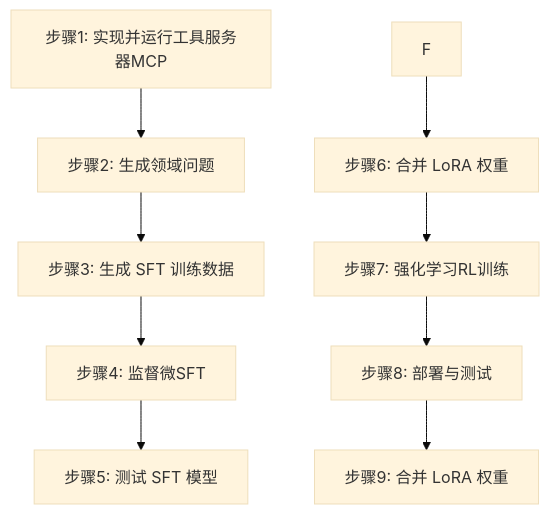
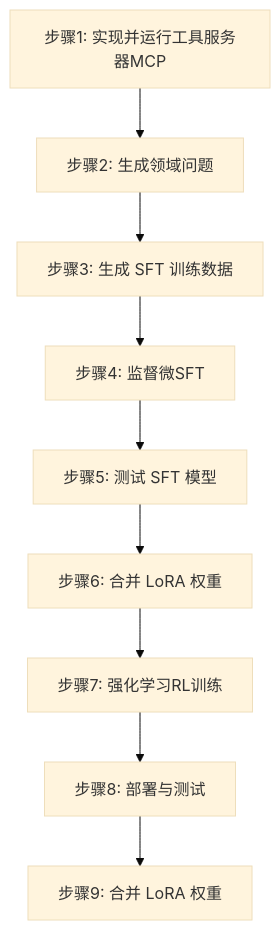
One commit to johnson7788/EasyTrainAgent changed the diagram in README.md. Above: the diagram before and after it, drawn with Mermaid (base theme).

Commit message:
"流程图更新"

````diff
--- a/README.md
+++ b/README.md
@@ -28,11 +28,11 @@
 ```mermaid
 flowchart TD
     A[步骤1: 实现并运行工具服务器MCP] --> B[步骤2: 生成领域问题]
     B --> C[步骤3: 生成 SFT 训练数据]
     C --> D[步骤4: 监督微SFT]
     D --> E[步骤5: 测试 SFT 模型]
-    F --> G[步骤6: 合并 LoRA 权重]
+    E --> G[步骤6: 合并 LoRA 权重]
     G --> H[步骤7: 强化学习RL训练]
     H --> I[步骤8: 部署与测试]
     I --> J[步骤9: 合并 LoRA 权重]
 ```
````
